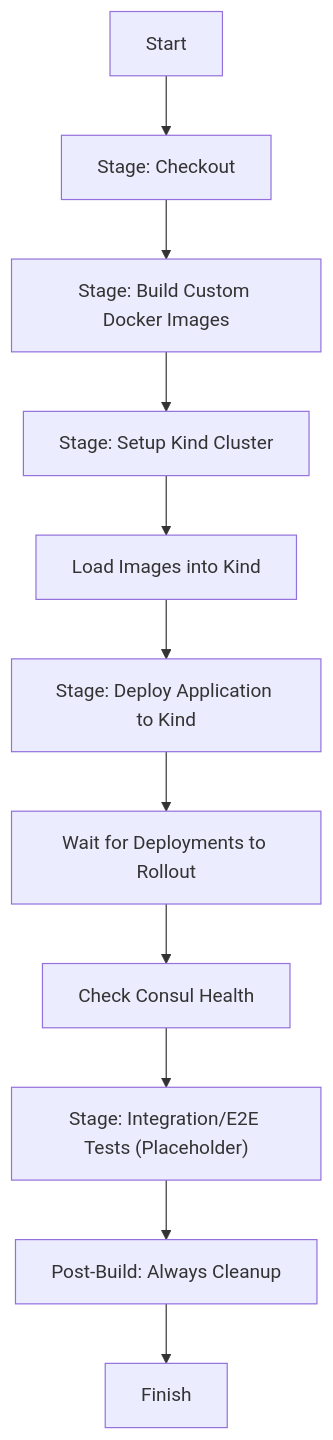
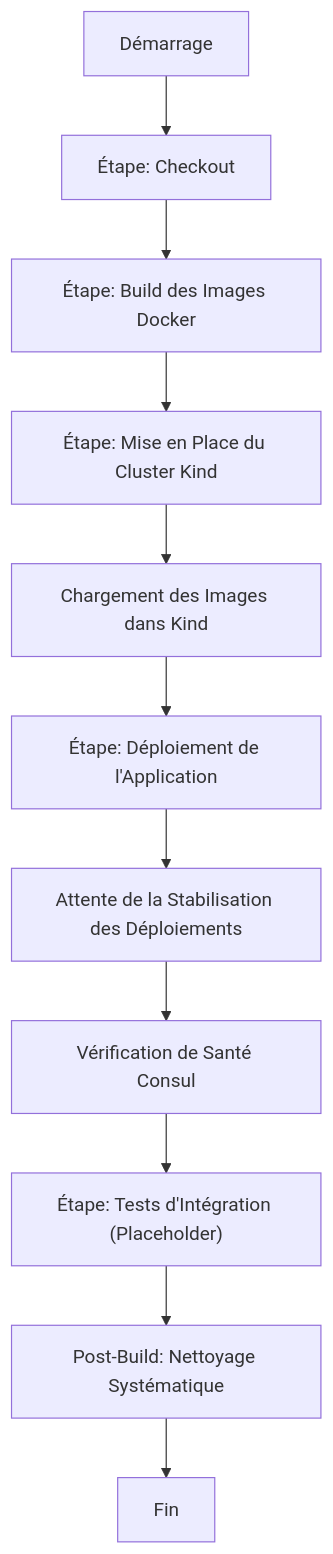
One commit to HarcheSamir/esisba-lirmm-ecommerce changed the tenth of 10 diagrams in MVP.md. Above: the diagram before and after it, drawn with Mermaid. The commit also changed other lines of this file, not shown here.

````diff
--- a/MVP.md
+++ b/MVP.md
@@ -612,13 +616,13 @@
 ```mermaid
 graph TD
-    Start[Start] --> Checkout["Stage: Checkout"];
-    Checkout --> Build["Stage: Build Custom Docker Images"];
-    Build --> SetupKind["Stage: Setup Kind Cluster"];
-    SetupKind --> LoadImages["Load Images into Kind"];
-    LoadImages --> Deploy["Stage: Deploy Application to Kind"];
-    Deploy --> WaitRollout["Wait for Deployments to Rollout"];
-    WaitRollout --> HealthCheck["Check Consul Health"];
-    HealthCheck --> E2ETests["Stage: Integration/E2E Tests (Placeholder)"];
-    E2ETests --> PostCleanup["Post-Build: Always Cleanup"];
-    PostCleanup --> Finish[Finish];
+    Start["Démarrage"] --> Checkout["Étape: Checkout"];
+    Checkout --> Build["Étape: Build des Images Docker"];
+    Build --> SetupKind["Étape: Mise en Place du Cluster Kind"];
+    SetupKind --> LoadImages["Chargement des Images dans Kind"];
+    LoadImages --> Deploy["Étape: Déploiement de l'Application"];
+    Deploy --> WaitRollout["Attente de la Stabilisation des Déploiements"];
+    WaitRollout --> HealthCheck["Vérification de Santé Consul"];
+    HealthCheck --> E2ETests["Étape: Tests d'Intégration (Placeholder)"];
+    E2ETests --> PostCleanup["Post-Build: Nettoyage Systématique"];
+    PostCleanup --> Finish["Fin"];
 ```
````
